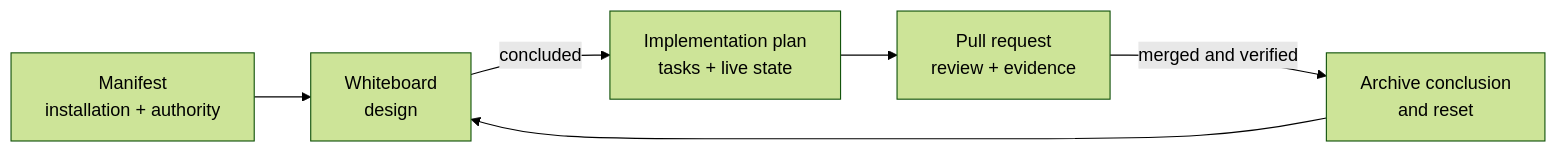
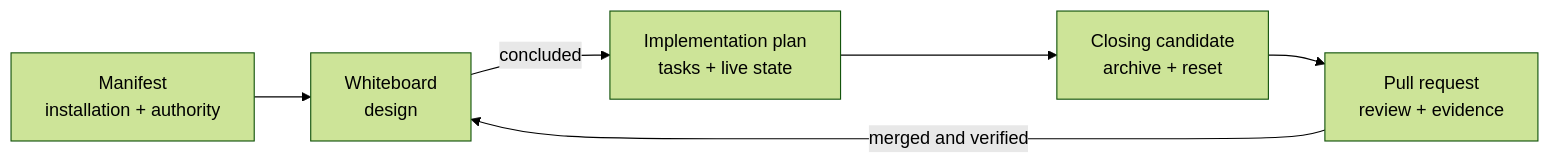
One commit to hhhhhusky777/spec-driven-delivery-playbook changed the second of 10 diagrams in README.md. Above: the diagram before and after it, drawn with Mermaid (forest theme). The commit also changed other lines of this file and 9 other files, not shown here.

````diff
--- a/README.md
+++ b/README.md
@@ -128,8 +128,8 @@
 ```mermaid
 flowchart LR
     M["Manifest<br/>installation + authority"] --> W["Whiteboard<br/>design"]
     W -->|"concluded"| P["Implementation plan<br/>tasks + live state"]
-    P --> PR["Pull request<br/>review + evidence"]
-    PR -->|"merged and verified"| C["Archive conclusion<br/>and reset"]
-    C --> W
+    P --> C["Closing candidate<br/>archive + reset"]
+    C --> PR["Pull request<br/>review + evidence"]
+    PR -->|"merged and verified"| W
 ```
````
